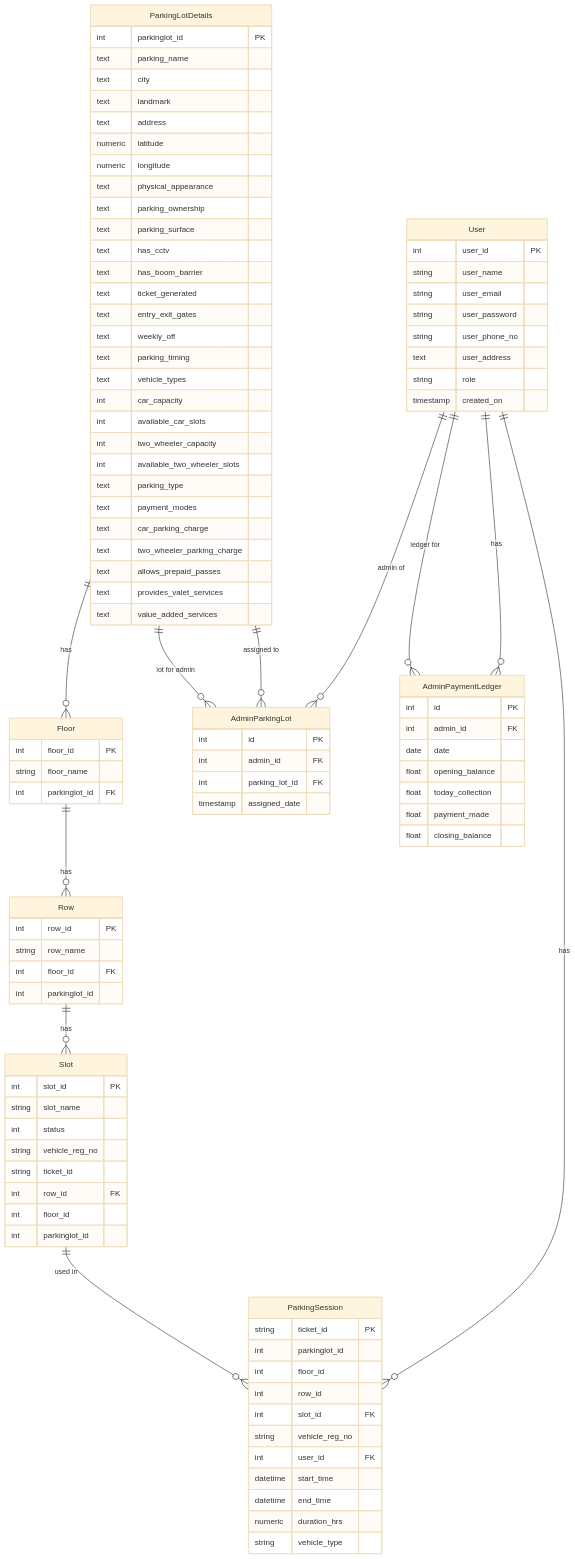
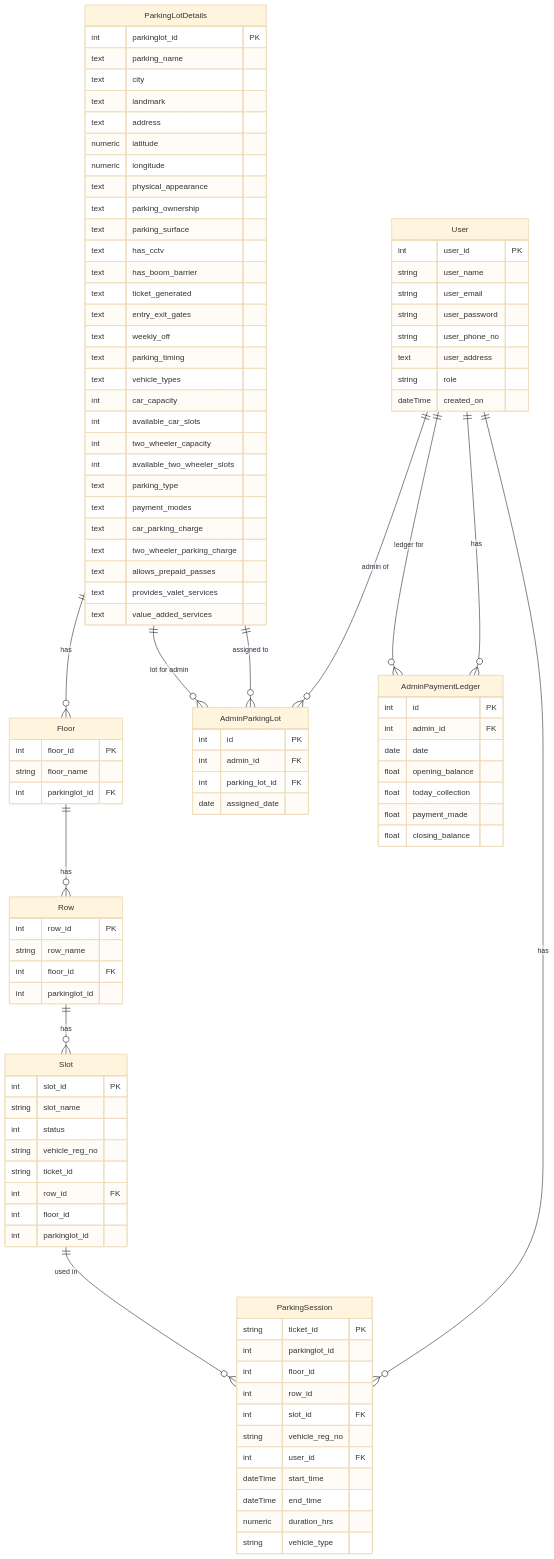
Before and after one commit to hittubhai01/parking_app_project: the diagram in Backend/DB_ERD.md, drawn with Mermaid (base theme). The commit also changed 100 other files, not shown here.

```diff
--- a/Backend/DB_ERD.md
+++ b/Backend/DB_ERD.md
@@ -14,7 +14,7 @@
         string user_phone_no
         text user_address
         string role
-        timestamp created_on
+        dateTime created_on
     }
     ParkingLotDetails {
         int parkinglot_id PK
@@ -75,8 +75,8 @@
         int slot_id FK
         string vehicle_reg_no
         int user_id FK
-        datetime start_time
-        datetime end_time
+        dateTime start_time
+        dateTime end_time
         numeric duration_hrs
         string vehicle_type
     }
@@ -84,7 +84,7 @@
         int id PK
         int admin_id FK
         int parking_lot_id FK
-         timestamp assigned_date
+        date assigned_date
     }
     AdminPaymentLedger {
         int id PK
```
